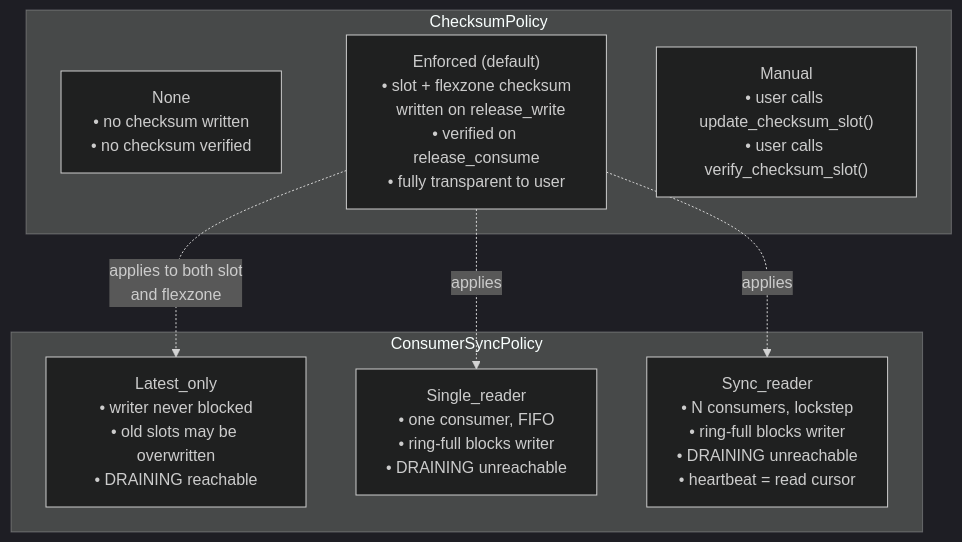
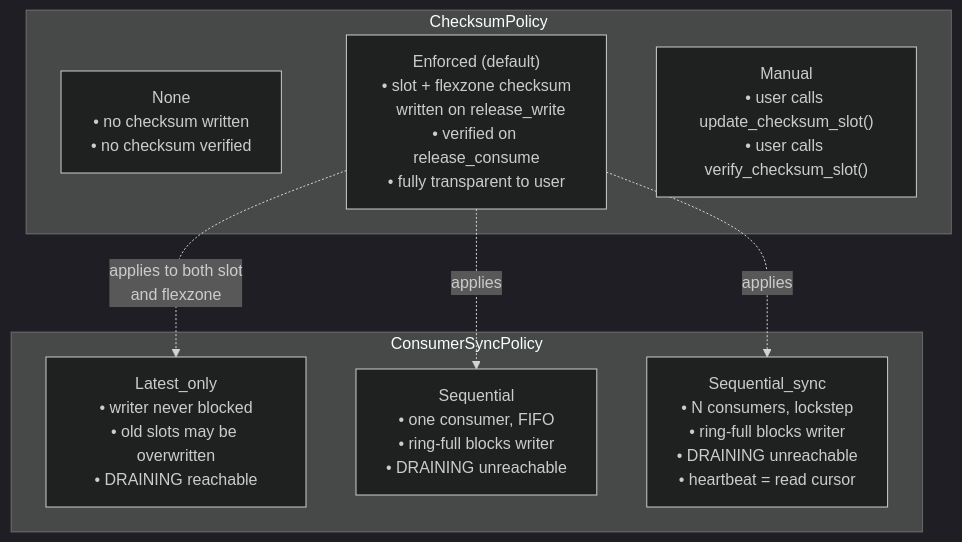
One commit to Qing-LAB/pylabhub changed the sixth of 8 diagrams in cpp/docs/HEP/HEP-CORE-0007-DataHub-Protocol-and-Policy.md. Above: the diagram before and after it, drawn with Mermaid. The commit also changed other lines of this file and 152 other files, not shown here.

````diff
--- a/cpp/docs/HEP/HEP-CORE-0007-DataHub-Protocol-and-Policy.md
+++ b/cpp/docs/HEP/HEP-CORE-0007-DataHub-Protocol-and-Policy.md
@@ -360,19 +360,19 @@
 ```mermaid
 %%{init: {'theme': 'dark'}}%%
 graph TD
     subgraph Checksum["ChecksumPolicy"]
         CN["None\n• no checksum written\n• no checksum verified"]
         CE["Enforced (default)\n• slot + flexzone checksum\n  written on release_write\n• verified on release_consume\n• fully transparent to user"]
         CM["Manual\n• user calls update_checksum_slot()\n• user calls verify_checksum_slot()"]
     end
 
     subgraph Sync["ConsumerSyncPolicy"]
         SL["Latest_only\n• writer never blocked\n• old slots may be overwritten\n• DRAINING reachable"]
-        SS["Single_reader\n• one consumer, FIFO\n• ring-full blocks writer\n• DRAINING unreachable"]
-        SR["Sync_reader\n• N consumers, lockstep\n• ring-full blocks writer\n• DRAINING unreachable\n• heartbeat = read cursor"]
+        SS["Sequential\n• one consumer, FIFO\n• ring-full blocks writer\n• DRAINING unreachable"]
+        SR["Sequential_sync\n• N consumers, lockstep\n• ring-full blocks writer\n• DRAINING unreachable\n• heartbeat = read cursor"]
     end
 
     CE -. "applies to both slot\nand flexzone" .-> SL
     CE -. applies .-> SS
     CE -. applies .-> SR
 ```
````
